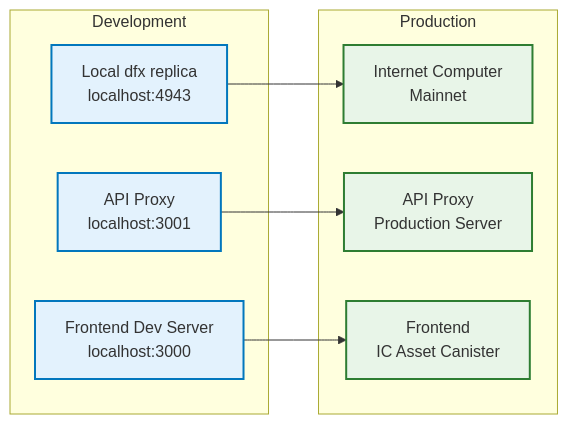
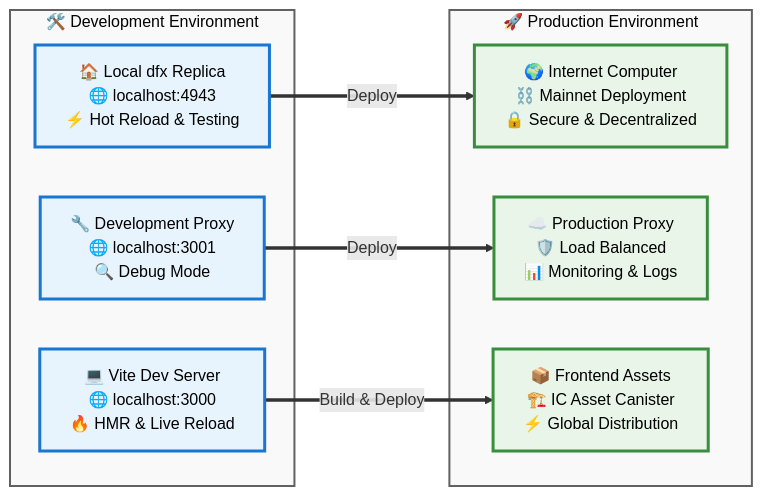
One commit to gov-mind/ic_govmind changed the second of 2 diagrams in architecture-diagram.md. Above: the diagram before and after it, drawn with Mermaid. The commit also changed other lines of this file, not shown here.

Commit message:
Improve the architecture diagram styling

````diff
--- a/architecture-diagram.md
+++ b/architecture-diagram.md
@@ -153,24 +159,28 @@
 ```mermaid
 graph LR
-    subgraph "Development"
-        DEV["Local dfx replica<br/>localhost:4943"]
-        PROXY_DEV["API Proxy<br/>localhost:3001"]
-        FRONTEND_DEV["Frontend Dev Server<br/>localhost:3000"]
+    subgraph DEV_ENV ["🛠️ Development Environment"]
+        DEV["🏠 Local dfx Replica<br/>🌐 localhost:4943<br/>⚡ Hot Reload & Testing"]
+        PROXY_DEV["🔧 Development Proxy<br/>🌐 localhost:3001<br/>🔍 Debug Mode"]
+        FRONTEND_DEV["💻 Vite Dev Server<br/>🌐 localhost:3000<br/>🔥 HMR & Live Reload"]
     end
     
-    subgraph "Production"
-        IC["Internet Computer<br/>Mainnet"]
-        PROXY_PROD["API Proxy<br/>Production Server"]
-        CDN["Frontend<br/>IC Asset Canister"]
+    subgraph PROD_ENV ["🚀 Production Environment"]
+        IC["🌍 Internet Computer<br/>⛓️ Mainnet Deployment<br/>🔒 Secure & Decentralized"]
+        PROXY_PROD["☁️ Production Proxy<br/>🛡️ Load Balanced<br/>📊 Monitoring & Logs"]
+        CDN["📦 Frontend Assets<br/>🏗️ IC Asset Canister<br/>⚡ Global Distribution"]
     end
     
-    DEV --> IC
-    PROXY_DEV --> PROXY_PROD
-    FRONTEND_DEV --> CDN
+    %% Deployment Flow
+    DEV ==Deploy==> IC
+    PROXY_DEV ==Deploy==> PROXY_PROD
+    FRONTEND_DEV ==Build & Deploy==> CDN
     
-    classDef dev fill:#e3f2fd,stroke:#0277bd,stroke-width:2px
-    classDef prod fill:#e8f5e8,stroke:#2e7d32,stroke-width:2px
+    %% Enhanced Styling
+    classDef dev fill:#e8f4fd,stroke:#1976d2,stroke-width:3px,color:#000
+    classDef prod fill:#e8f5e8,stroke:#388e3c,stroke-width:3px,color:#000
+    classDef env fill:#f9f9f9,stroke:#616161,stroke-width:2px,color:#000
     
     class DEV,PROXY_DEV,FRONTEND_DEV dev
     class IC,PROXY_PROD,CDN prod
+    class DEV_ENV,PROD_ENV env
 ```
````
